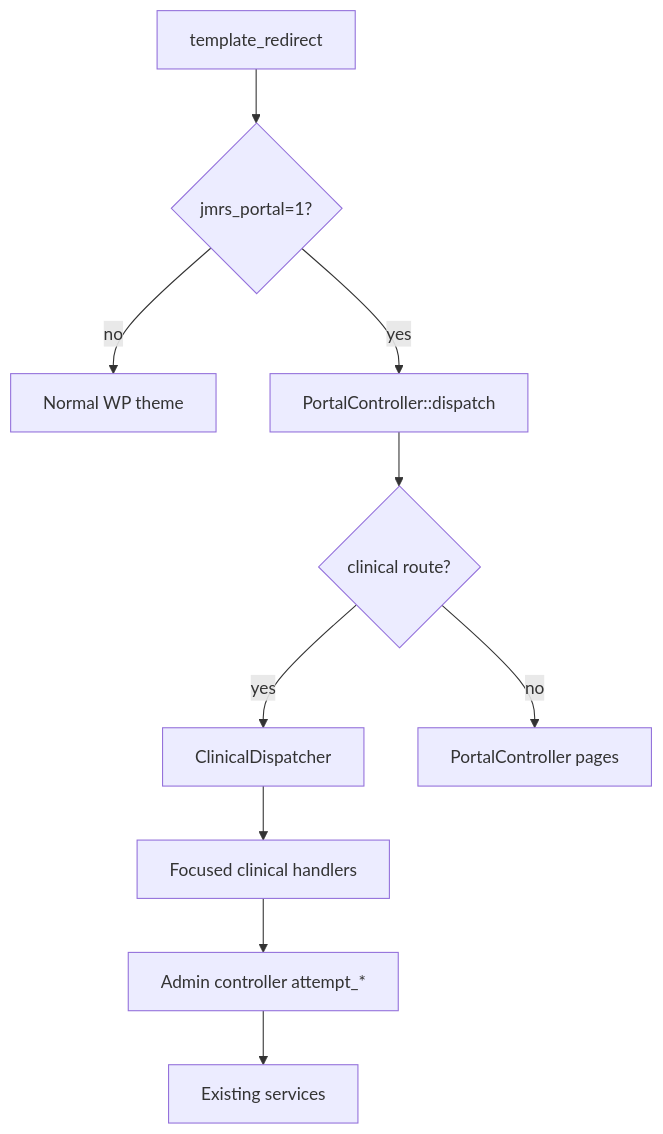
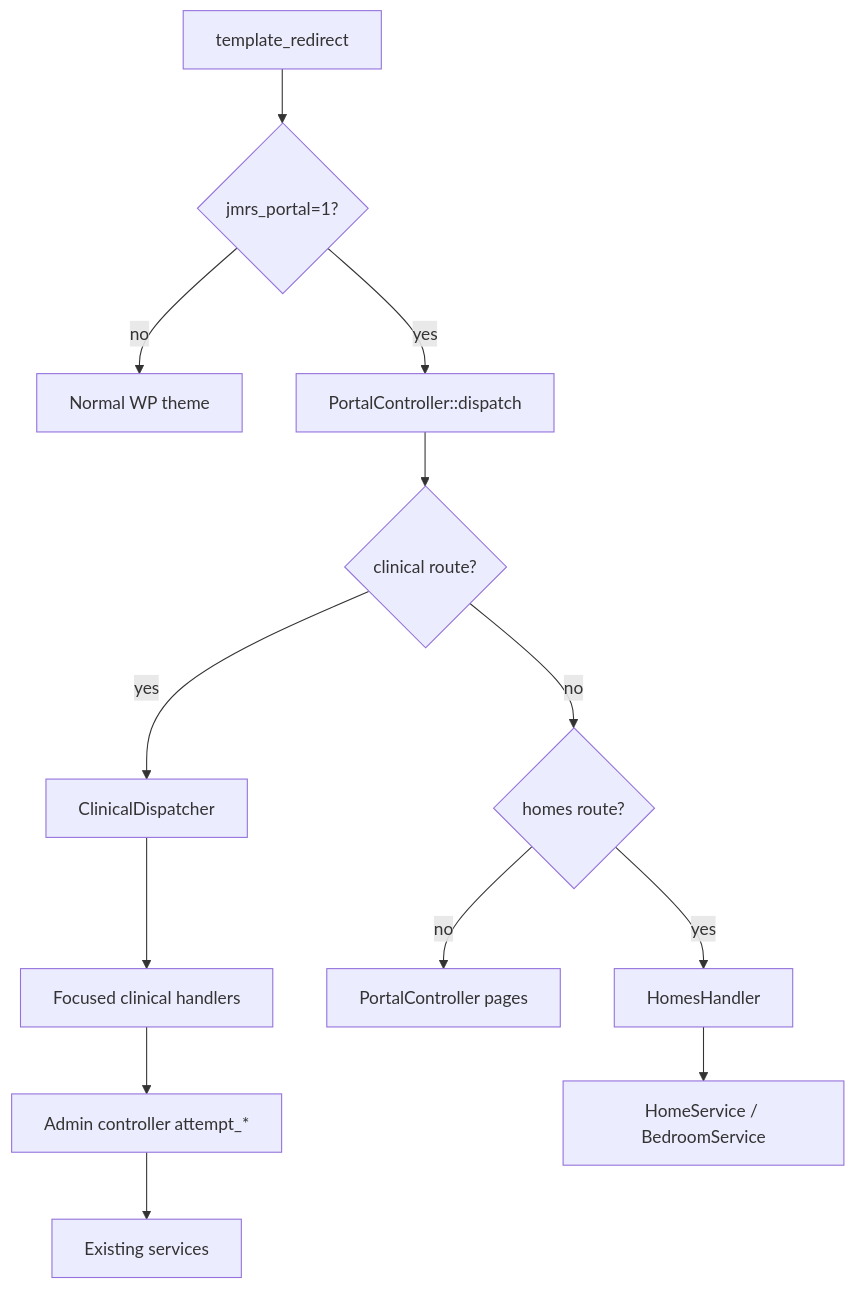
One commit to Newton-Caffrey/jm-referral-system changed the diagram in docs/developer/PORTAL_ARCHITECTURE.md. Above: the diagram before and after it, drawn with Mermaid. The commit also changed other lines of this file and 89 other files, not shown here.

````diff
--- a/docs/developer/PORTAL_ARCHITECTURE.md
+++ b/docs/developer/PORTAL_ARCHITECTURE.md
@@ -52,12 +59,15 @@
 ```mermaid
 flowchart TD
-  Req[template_redirect] --> QV{jmrs_portal=1?}
+  TR[template_redirect] --> QV{jmrs_portal=1?}
   QV -->|no| Theme[Normal WP theme]
   QV -->|yes| Disp[PortalController::dispatch]
   Disp --> Clinical{clinical route?}
   Clinical -->|yes| CD[ClinicalDispatcher]
-  Clinical -->|no| PC[PortalController pages]
+  Clinical -->|no| Homes{homes route?}
+  Homes -->|yes| HH[HomesHandler]
+  Homes -->|no| PC[PortalController pages]
   CD --> Handlers[Focused clinical handlers]
   Handlers --> Attempt[Admin controller attempt_*]
   Attempt --> Services[Existing services]
+  HH --> HomeSvc[HomeService / BedroomService]
 ```
````
